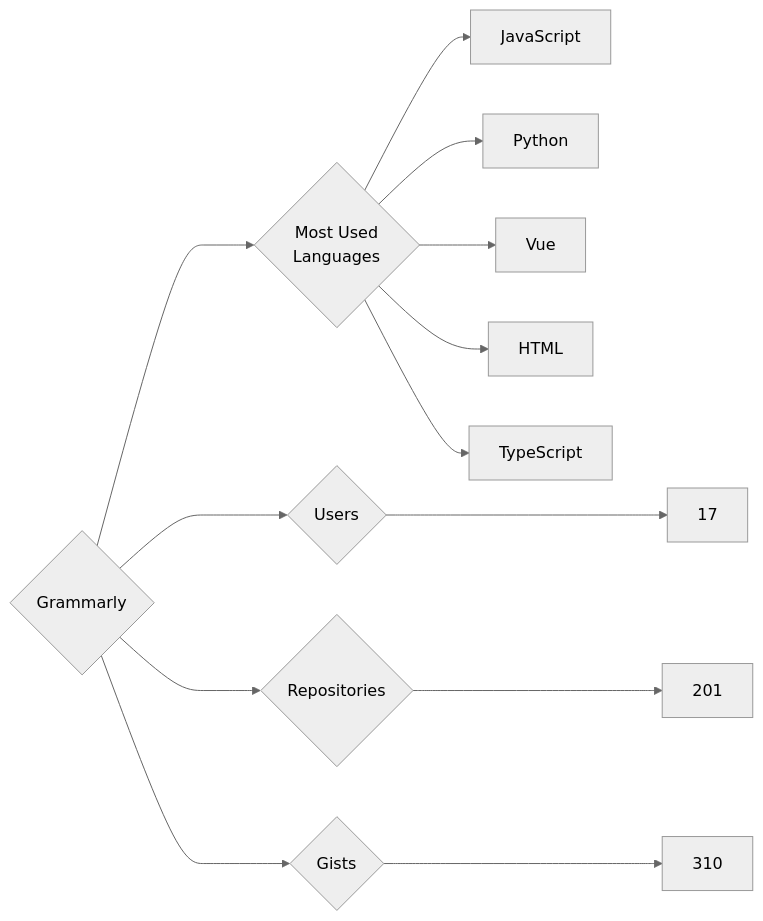
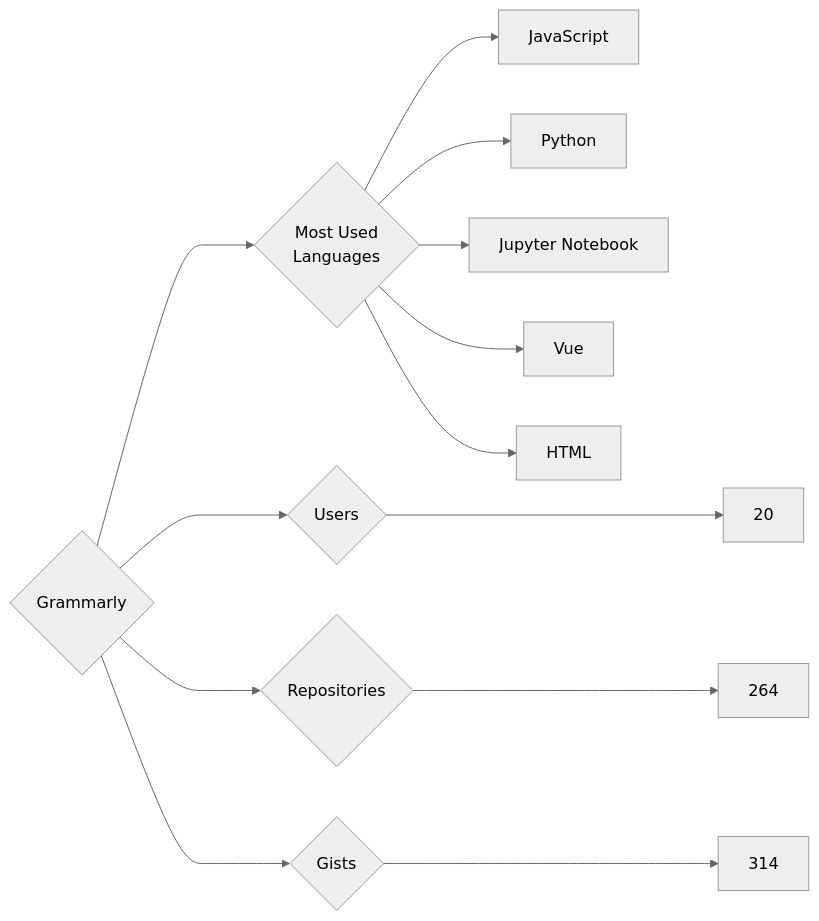
One commit to trickest/insiders changed the diagram in targets/Grammarly/README.md. Above: the diagram before and after it, drawn with Mermaid (neutral theme). The commit also changed 894 other files, not shown here.

````diff
--- a/targets/Grammarly/README.md
+++ b/targets/Grammarly/README.md
@@ -3,13 +3,13 @@
 ```mermaid
 graph LR
 COMPANY_NAME{Grammarly}
-COMPANY_NAME ---> U{Users} ---> UN[17]
-COMPANY_NAME ---> R{Repositories} ---> RN[201]
-COMPANY_NAME ---> G{Gists} ---> GN[310]
+COMPANY_NAME ---> U{Users} ---> UN[20]
+COMPANY_NAME ---> R{Repositories} ---> RN[264]
+COMPANY_NAME ---> G{Gists} ---> GN[314]
 COMPANY_NAME ---> ML{Most Used<br>Languages}
 ML --> JavaScript[JavaScript]
 ML --> Python[Python]
+ML --> Jupyter_Notebook[Jupyter Notebook]
 ML --> Vue[Vue]
 ML --> HTML[HTML]
-ML --> TypeScript[TypeScript]
 ```
````
